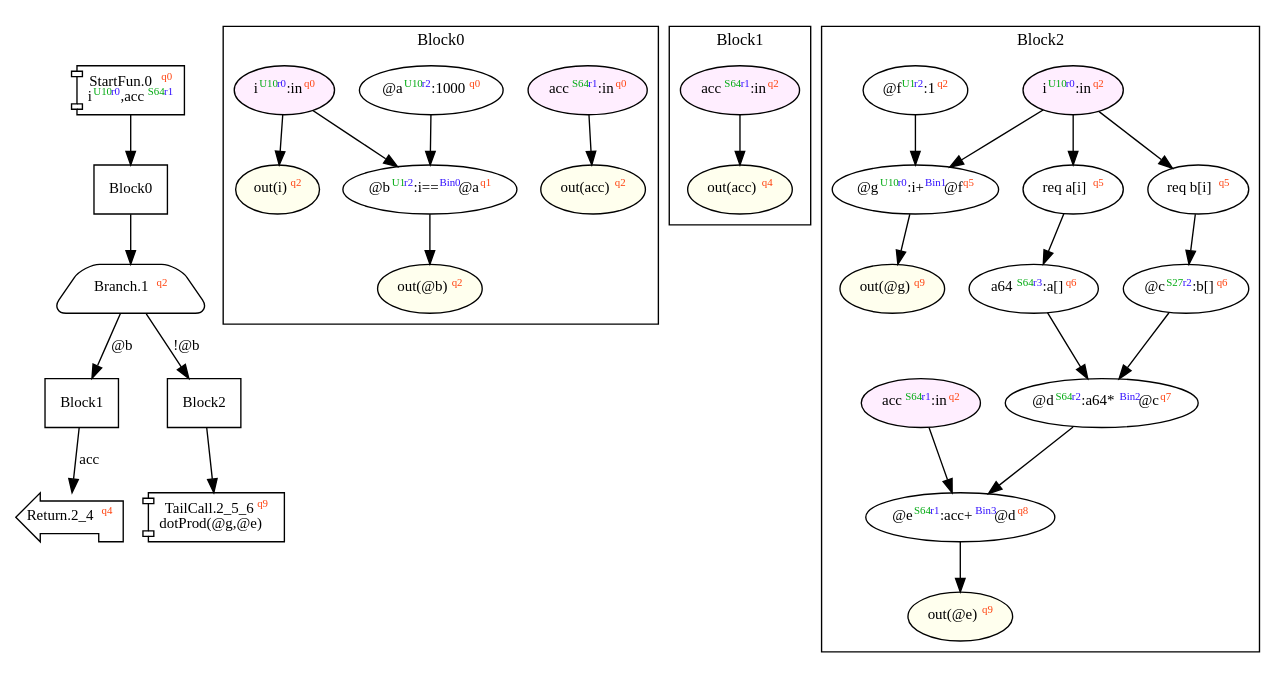
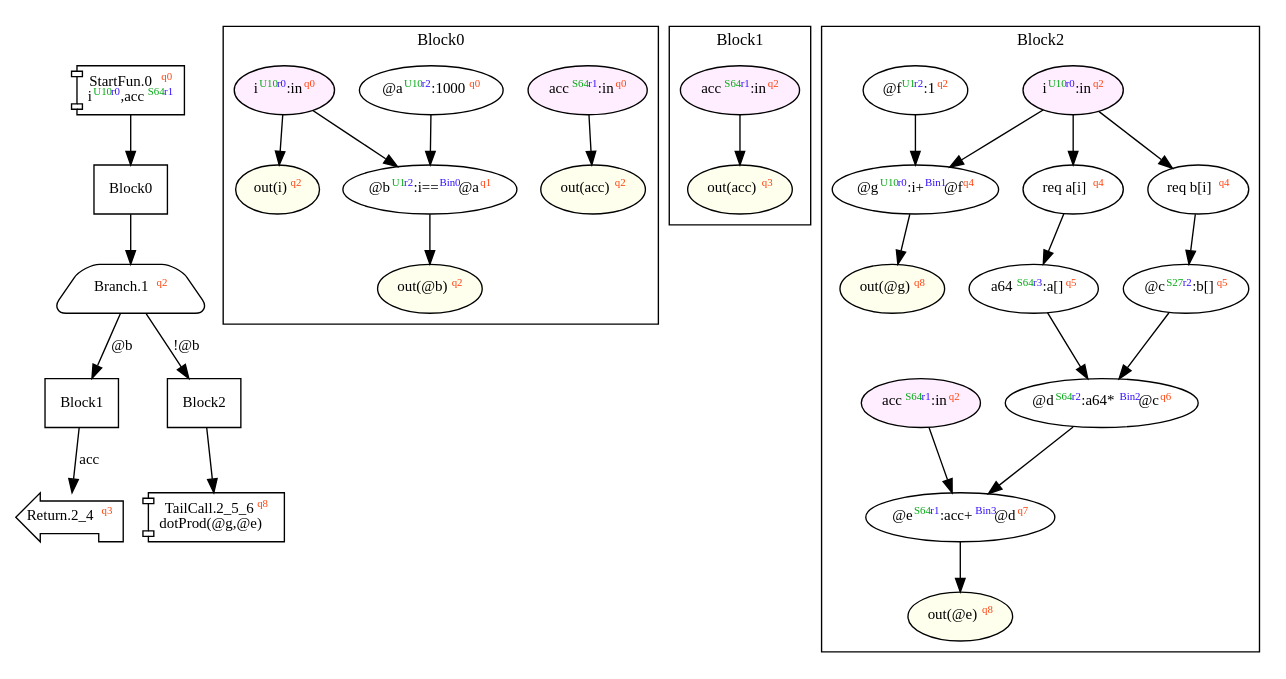
The diagram in dist/dotProd.dot (akouryy/SyntheScala), drawn with Graphviz before and after one commit. The commit also changed 30 other files, not shown here.

```diff
--- a/dist/dotProd.dot
+++ b/dist/dotProd.dot
@@ -1,72 +1,72 @@
 digraph Program_ {
   graph [fontname = "Monaco", fontsize = 12, ranksep = 0.5];
   node [shape = box, fontname = "Monaco", fontsize = 11; colorscheme = pastel19];
   edge [fontname = "Monaco", fontsize = 11; colorscheme = pastel19];
   Jump0[label = <StartFun.0<font color="#ff4411" point-size="8"><sup>q0</sup></font><br/>i<font color="#00aa11" point-size="8"><sup>U10</sup></font><font color="#3311ff" point-size="8"><sup>r0</sup></font>,acc<font color="#00aa11" point-size="8"><sup>S64</sup></font><font color="#3311ff" point-size="8"><sup>r1</sup></font>>; shape = component];
   Jump0 -> Block0;
   Jump1[
     label = <Branch.1<font color="#ff4411" point-size="8"><sup>q2</sup></font>>;
     shape = trapezium; style = rounded;
   ];
   Block0 -> Jump1;
   Jump1 -> Block1 [label="@b"];
   Jump1 -> Block2 [label="!@b"];
-  Jump2_4[label = <Return.2_4<font color="#ff4411" point-size="8"><sup>q4</sup></font>>; shape = lpromoter];
+  Jump2_4[label = <Return.2_4<font color="#ff4411" point-size="8"><sup>q3</sup></font>>; shape = lpromoter];
   Block1 -> Jump2_4 [label="acc"];
-  Jump2_5_6[label = <TailCall.2_5_6<font color="#ff4411" point-size="8"><sup>q9</sup></font><br/>dotProd(@g,@e)>; shape = component];
+  Jump2_5_6[label = <TailCall.2_5_6<font color="#ff4411" point-size="8"><sup>q8</sup></font><br/>dotProd(@g,@e)>; shape = component];
   Block2 -> Jump2_5_6;
   Block0 [label = "Block0"];
   Block1 [label = "Block1"];
   Block2 [label = "Block2"];
   subgraph cluster_dfg_Block0 {
     node [shape = oval];
     label = "Block0";
     0 [label=<@a<font color="#00aa11" point-size="8"><sup>U10</sup></font><font color="#3311ff" point-size="8"><sup>r2</sup></font>:1000<font color="#ff4411" point-size="8"><sup>q0</sup></font>>; ];
     20 [label=<out(acc)<font color="#ff4411" point-size="8"><sup>q2</sup></font>>; style="filled"; fillcolor="#ffffee";];
     1 [label=<@b<font color="#00aa11" point-size="8"><sup>U1</sup></font><font color="#3311ff" point-size="8"><sup>r2</sup></font>:i==<font color="#3311ff" point-size="8"><sup>Bin0</sup></font>@a<font color="#ff4411" point-size="8"><sup>q1</sup></font>>; ];
     21 [label=<out(i)<font color="#ff4411" point-size="8"><sup>q2</sup></font>>; style="filled"; fillcolor="#ffffee";];
     22 [label=<out(@b)<font color="#ff4411" point-size="8"><sup>q2</sup></font>>; style="filled"; fillcolor="#ffffee";];
     18 [label=<acc<font color="#00aa11" point-size="8"><sup>S64</sup></font><font color="#3311ff" point-size="8"><sup>r1</sup></font>:in<font color="#ff4411" point-size="8"><sup>q0</sup></font>>; style="filled"; fillcolor="#ffeeff";];
     19 [label=<i<font color="#00aa11" point-size="8"><sup>U10</sup></font><font color="#3311ff" point-size="8"><sup>r0</sup></font>:in<font color="#ff4411" point-size="8"><sup>q0</sup></font>>; style="filled"; fillcolor="#ffeeff";];
     0 -> 1;
     1 -> 22;
     18 -> 20;
     19 -> 1;
     19 -> 21;
   }
   subgraph cluster_dfg_Block1 {
     node [shape = oval];
     label = "Block1";
     13 [label=<acc<font color="#00aa11" point-size="8"><sup>S64</sup></font><font color="#3311ff" point-size="8"><sup>r1</sup></font>:in<font color="#ff4411" point-size="8"><sup>q2</sup></font>>; style="filled"; fillcolor="#ffeeff";];
-    14 [label=<out(acc)<font color="#ff4411" point-size="8"><sup>q4</sup></font>>; style="filled"; fillcolor="#ffffee";];
+    14 [label=<out(acc)<font color="#ff4411" point-size="8"><sup>q3</sup></font>>; style="filled"; fillcolor="#ffffee";];
     13 -> 14;
   }
   subgraph cluster_dfg_Block2 {
     node [shape = oval];
     label = "Block2";
-    5 [label=<@c<font color="#00aa11" point-size="8"><sup>S27</sup></font><font color="#3311ff" point-size="8"><sup>r2</sup></font>:b[]<font color="#ff4411" point-size="8"><sup>q6</sup></font>>; ];
-    24 [label=<out(@e)<font color="#ff4411" point-size="8"><sup>q9</sup></font>>; style="filled"; fillcolor="#ffffee";];
-    6 [label=<@d<font color="#00aa11" point-size="8"><sup>S64</sup></font><font color="#3311ff" point-size="8"><sup>r2</sup></font>:a64*<font color="#3311ff" point-size="8"><sup>Bin2</sup></font>@c<font color="#ff4411" point-size="8"><sup>q7</sup></font>>; ];
-    9 [label=<@g<font color="#00aa11" point-size="8"><sup>U10</sup></font><font color="#3311ff" point-size="8"><sup>r0</sup></font>:i+<font color="#3311ff" point-size="8"><sup>Bin1</sup></font>@f<font color="#ff4411" point-size="8"><sup>q5</sup></font>>; ];
-    2 [label=<req a[i]<font color="#ff4411" point-size="8"><sup>q5</sup></font>>; ];
-    7 [label=<@e<font color="#00aa11" point-size="8"><sup>S64</sup></font><font color="#3311ff" point-size="8"><sup>r1</sup></font>:acc+<font color="#3311ff" point-size="8"><sup>Bin3</sup></font>@d<font color="#ff4411" point-size="8"><sup>q8</sup></font>>; ];
-    3 [label=<a64<font color="#00aa11" point-size="8"><sup>S64</sup></font><font color="#3311ff" point-size="8"><sup>r3</sup></font>:a[]<font color="#ff4411" point-size="8"><sup>q6</sup></font>>; ];
+    5 [label=<@c<font color="#00aa11" point-size="8"><sup>S27</sup></font><font color="#3311ff" point-size="8"><sup>r2</sup></font>:b[]<font color="#ff4411" point-size="8"><sup>q5</sup></font>>; ];
+    24 [label=<out(@e)<font color="#ff4411" point-size="8"><sup>q8</sup></font>>; style="filled"; fillcolor="#ffffee";];
+    6 [label=<@d<font color="#00aa11" point-size="8"><sup>S64</sup></font><font color="#3311ff" point-size="8"><sup>r2</sup></font>:a64*<font color="#3311ff" point-size="8"><sup>Bin2</sup></font>@c<font color="#ff4411" point-size="8"><sup>q6</sup></font>>; ];
+    9 [label=<@g<font color="#00aa11" point-size="8"><sup>U10</sup></font><font color="#3311ff" point-size="8"><sup>r0</sup></font>:i+<font color="#3311ff" point-size="8"><sup>Bin1</sup></font>@f<font color="#ff4411" point-size="8"><sup>q4</sup></font>>; ];
+    2 [label=<req a[i]<font color="#ff4411" point-size="8"><sup>q4</sup></font>>; ];
+    7 [label=<@e<font color="#00aa11" point-size="8"><sup>S64</sup></font><font color="#3311ff" point-size="8"><sup>r1</sup></font>:acc+<font color="#3311ff" point-size="8"><sup>Bin3</sup></font>@d<font color="#ff4411" point-size="8"><sup>q7</sup></font>>; ];
+    3 [label=<a64<font color="#00aa11" point-size="8"><sup>S64</sup></font><font color="#3311ff" point-size="8"><sup>r3</sup></font>:a[]<font color="#ff4411" point-size="8"><sup>q5</sup></font>>; ];
     16 [label=<i<font color="#00aa11" point-size="8"><sup>U10</sup></font><font color="#3311ff" point-size="8"><sup>r0</sup></font>:in<font color="#ff4411" point-size="8"><sup>q2</sup></font>>; style="filled"; fillcolor="#ffeeff";];
-    23 [label=<out(@g)<font color="#ff4411" point-size="8"><sup>q9</sup></font>>; style="filled"; fillcolor="#ffffee";];
+    23 [label=<out(@g)<font color="#ff4411" point-size="8"><sup>q8</sup></font>>; style="filled"; fillcolor="#ffffee";];
     8 [label=<@f<font color="#00aa11" point-size="8"><sup>U1</sup></font><font color="#3311ff" point-size="8"><sup>r2</sup></font>:1<font color="#ff4411" point-size="8"><sup>q2</sup></font>>; ];
-    4 [label=<req b[i]<font color="#ff4411" point-size="8"><sup>q5</sup></font>>; ];
+    4 [label=<req b[i]<font color="#ff4411" point-size="8"><sup>q4</sup></font>>; ];
     15 [label=<acc<font color="#00aa11" point-size="8"><sup>S64</sup></font><font color="#3311ff" point-size="8"><sup>r1</sup></font>:in<font color="#ff4411" point-size="8"><sup>q2</sup></font>>; style="filled"; fillcolor="#ffeeff";];
     3 -> 6;
     5 -> 6;
     6 -> 7;
     7 -> 24;
     8 -> 9;
     9 -> 23;
     15 -> 7;
     16 -> 2;
     16 -> 4;
     16 -> 9;
     2 -> 3 [style = solid];
     4 -> 5 [style = solid];
   }
 }
```
